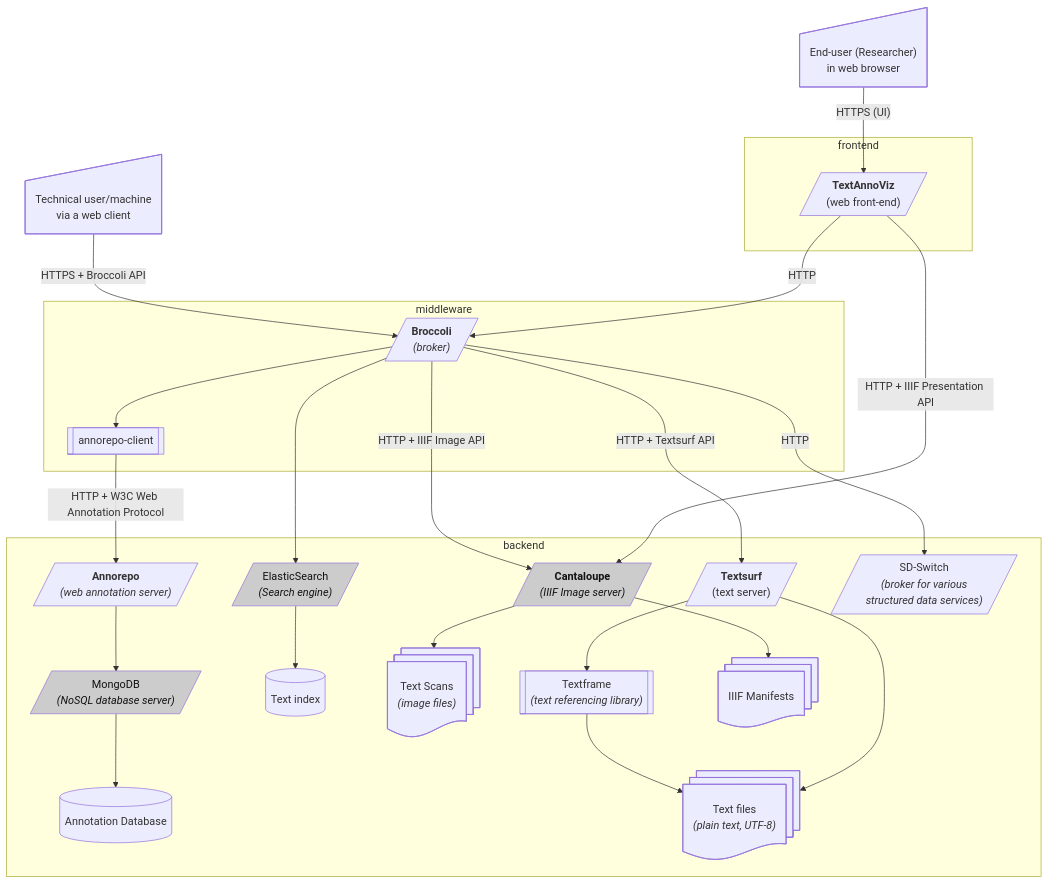
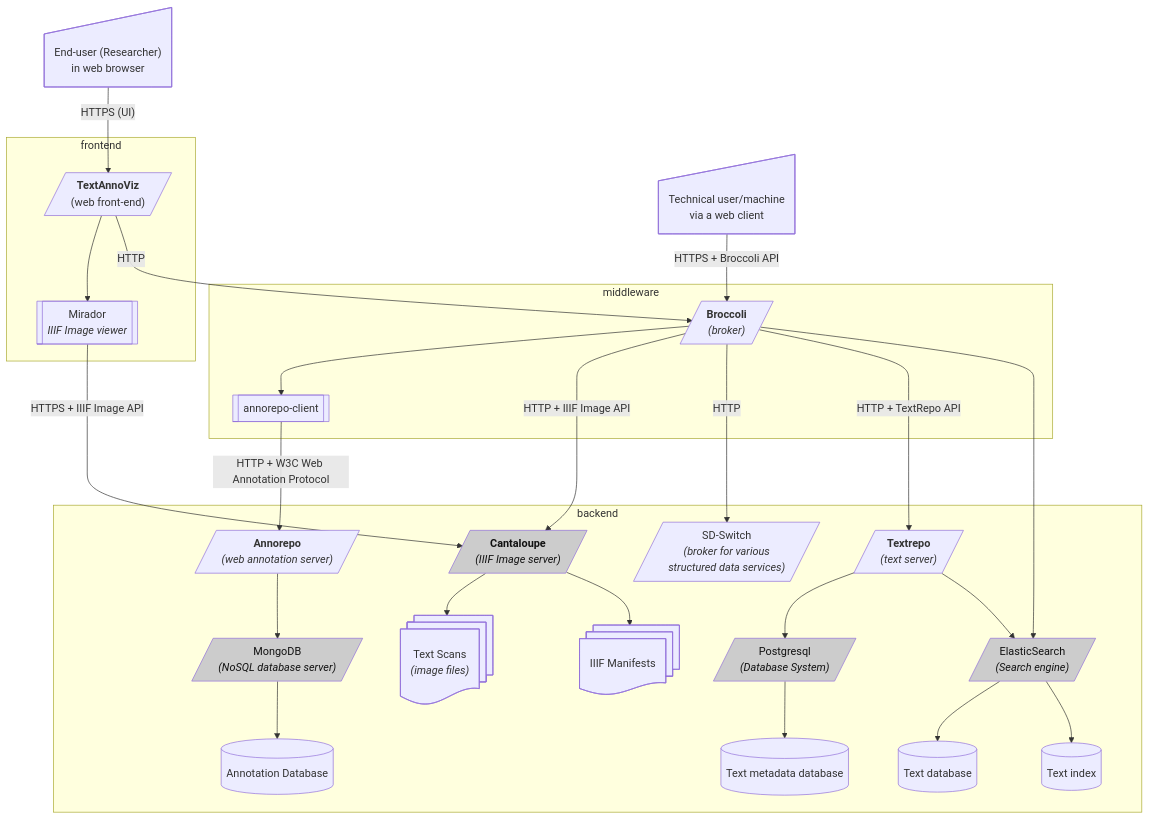
The first of 3 diagrams in README.md (knaw-huc/tt-architecture), drawn with Mermaid before and after one commit. The commit also changed other lines of this file, not shown here.

Commit message:
updates and starting data conversion schema

````diff
--- a/README.md
+++ b/README.md
@@ -5,63 +7,71 @@
 ```{.mermaid format=svg}
 flowchart TD
 
 
     user@{ shape: sl-rect, label: "End-user (Researcher)<br>in web browser"}
     user -- "HTTPS (UI)" --> textannoviz
     subgraph frontend
         textannoviz[/"<b>TextAnnoViz</b><br>(web front-end)"/]
+        mirador@{shape: subproc, label: "Mirador<br><i>IIIF Image viewer</i>"}
+        textannoviz --> mirador
     end
 
     techuser@{ shape: sl-rect, label: "Technical user/machine<br>via a web client"}
 
     techuser -- "HTTPS + Broccoli API" --> broccoli
     subgraph middleware
         textannoviz -- HTTP --> broccoli
         broccoli[/"<b>Broccoli</b><br><i>(broker)</i>"/]
 
         broccoli_annorepoclient@{shape: subproc, label: "annorepo-client"}
         broccoli --> broccoli_annorepoclient 
     end
 
 
     subgraph backend
     
         annorepo[/"<b>Annorepo</b><br><i>(web annotation server)</i>"/]
         mongodb[/"MongoDB<br><i>(NoSQL database server)</i>"/]
         annorepo_db[("Annotation Database")]
         annorepo --> mongodb --> annorepo_db
 
+        textindex[("Text index")]
+        texts@{ shape: database, label: "Text database"}
+        textscans@{ shape: docs, label: "Text Scans<br><i>(image files)</i>"}
+        textmetadb@{ shape: database, label: "Text metadata database"}
+
+        textrepo[/"<b>Textrepo</b><br><i>(text server)</i>"/]
+        postgresql[/"Postgresql<br><i>(Database System)</i>"/]
         elasticsearch[/"ElasticSearch<br><i>(Search engine)</i>"/]
-        textindex[("Text index")]
-        texts@{ shape: docs, label: "Text files<br><i>(plain text, UTF-8)</i>"}
-        textscans@{ shape: docs, label: "Text Scans<br><i>(image files)</i>"}
 
-        textsurf[/"<b>Textsurf</b><br>(text server)"/]
-        textframe@{shape: subproc, label: "Textframe<br><i>(text referencing library)</i>"}
+        textrepo --> postgresql
+        textrepo --> elasticsearch
+
+        elasticsearch --> texts
+        postgresql --> textmetadb
+
 
 
         cantaloupe[/"<b>Cantaloupe</b><br><i>(IIIF Image server)</i>"/]
         manifests@{ shape: docs, label: "IIIF Manifests"}
         cantaloupe --> textscans
         cantaloupe --> manifests
 
 
         sdswitch[/"SD-Switch<br><i>(broker for various<br>structured data services)</i>"/]
 
         broccoli_annorepoclient -- "HTTP + W3C Web Annotation Protocol" --> annorepo
         broccoli -- "HTTP + IIIF Image API" --> cantaloupe
         broccoli -- "HTTP" --> sdswitch
-        broccoli -- "HTTP + Textsurf API" --> textsurf
+        broccoli -- "HTTP + TextRepo API" --> textrepo
 
         broccoli --> elasticsearch --> textindex
 
-        textsurf --> textframe -->  texts
-        textsurf --> texts
 
-        textannoviz -- "HTTP + IIIF Presentation API" --> cantaloupe
+        mirador -- "HTTPS + IIIF Image API" --> cantaloupe
     end
 
 
     classDef thirdparty fill:#ccc,color:#111
-    class cantaloupe,mongodb,elasticsearch thirdparty
+    class cantaloupe,mongodb,elasticsearch,postgresql thirdparty
 ```
````
